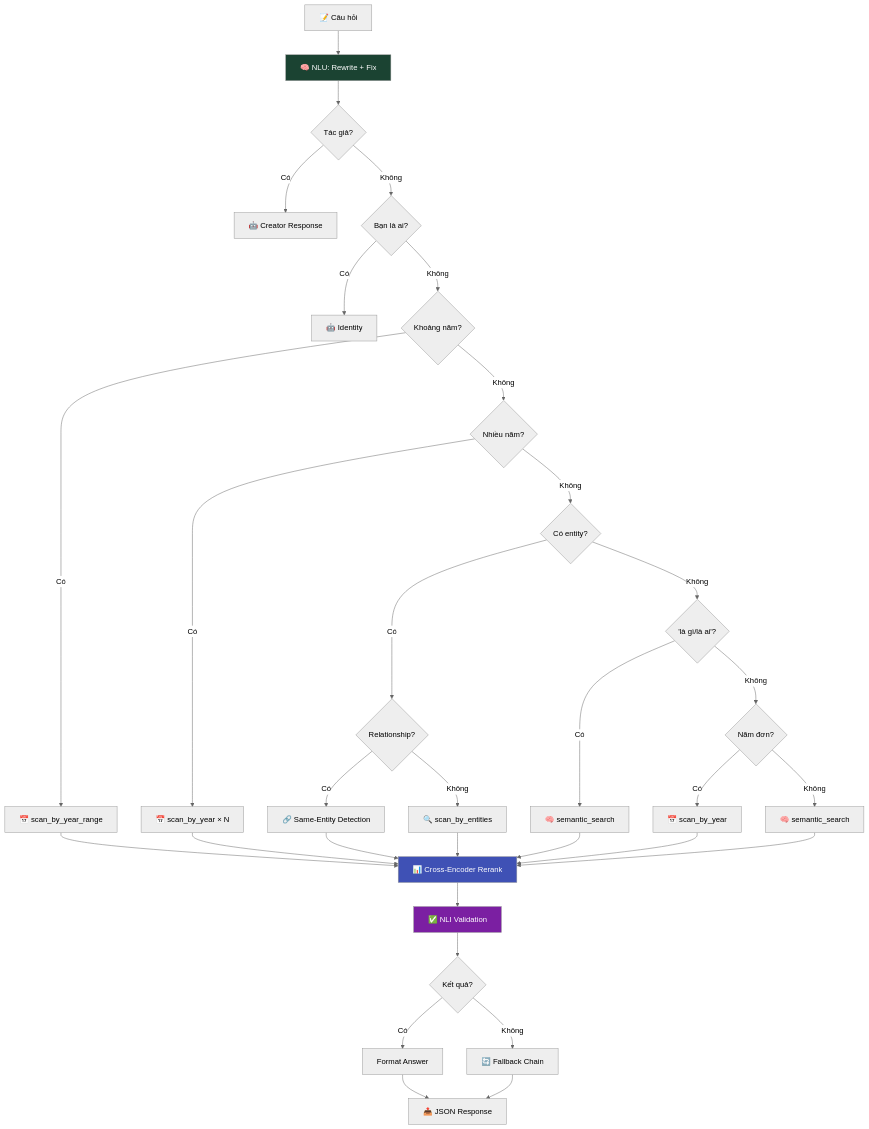
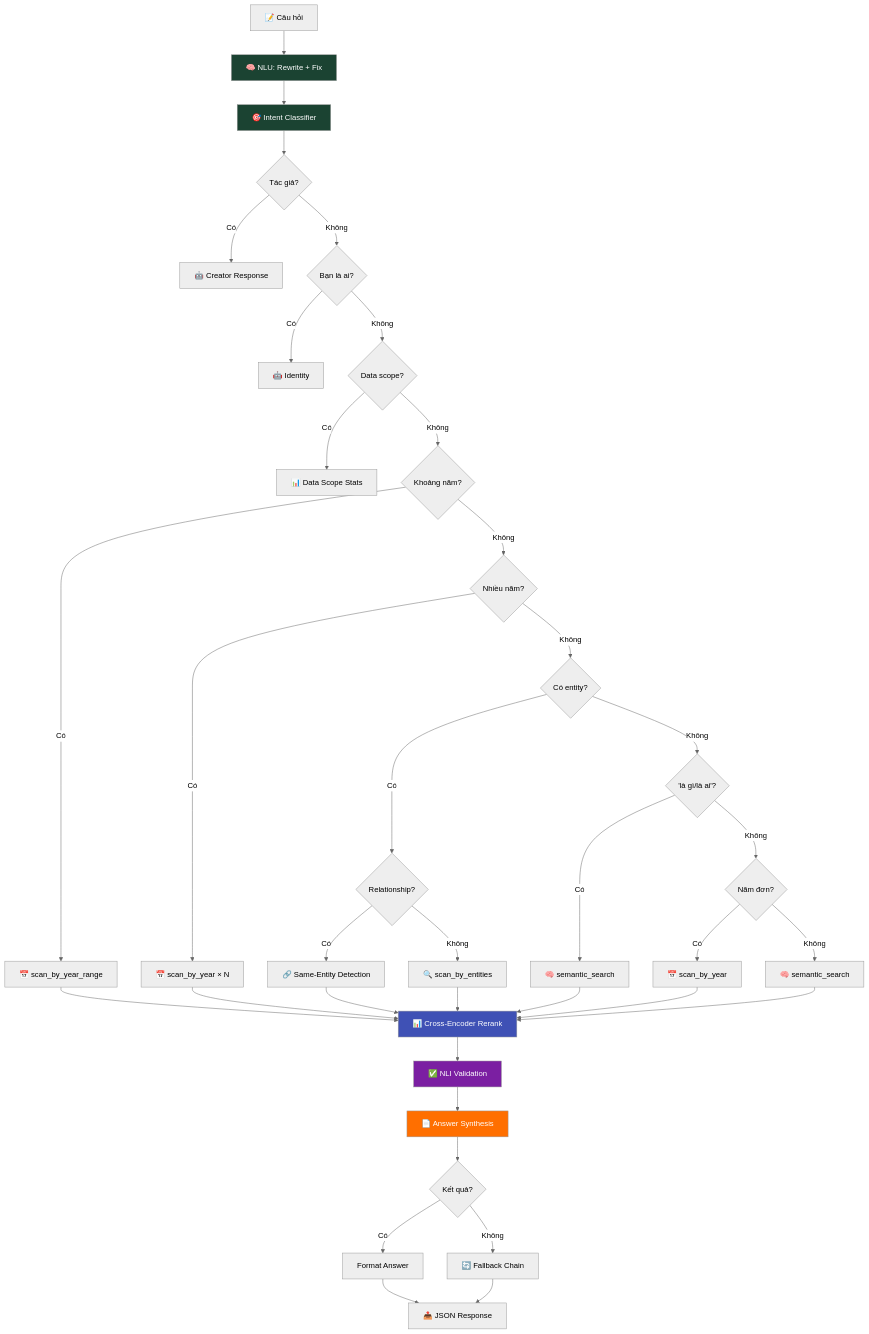
The third of 3 diagrams in README.md (HistoryMindAI/vietnam_history_dataset), drawn with Mermaid (neutral theme) before and after one commit. The commit also changed other lines of this file and 7 other files, not shown here.

````diff
--- a/README.md
+++ b/README.md
@@ -150,33 +183,39 @@
 ```mermaid
 flowchart TD
     INPUT["📝 Câu hỏi"] --> NLU["🧠 NLU: Rewrite + Fix"]
-    NLU --> CREATOR{"Tác giả?"}
+    NLU --> INTENT["🎯 Intent Classifier"]
+    INTENT --> CREATOR{"Tác giả?"}
     CREATOR -- Có --> CR["🤖 Creator Response"]
     CREATOR -- Không --> IDENTITY{"Bạn là ai?"}
     IDENTITY -- Có --> ID["🤖 Identity"]
-    IDENTITY -- Không --> YEAR_RANGE{"Khoảng năm?"}
+    IDENTITY -- Không --> SCOPE{"Data scope?"}
+    SCOPE -- Có --> DS["📊 Data Scope Stats"]
+    SCOPE -- Không --> YEAR_RANGE{"Khoảng năm?"}
     YEAR_RANGE -- Có --> YR["📅 scan_by_year_range"]
     YEAR_RANGE -- Không --> MULTI_YEAR{"Nhiều năm?"}
     MULTI_YEAR -- Có --> MY["📅 scan_by_year × N"]
     MULTI_YEAR -- Không --> ENTITY{"Có entity?"}
     ENTITY -- Có --> SAME_CHECK{"Relationship?"}
     SAME_CHECK -- Có --> SAME["🔗 Same-Entity Detection"]
     SAME_CHECK -- Không --> ME["🔍 scan_by_entities"]
     ENTITY -- Không --> DEF{"'là gì/là ai'?"}
     DEF -- Có --> SEM1["🧠 semantic_search"]
     DEF -- Không --> SINGLE{"Năm đơn?"}
     SINGLE -- Có --> SY["📅 scan_by_year"]
     SINGLE -- Không --> SEM2["🧠 semantic_search"]
 
     SAME & ME & YR & MY & SEM1 & SY & SEM2 --> RERANK["📊 Cross-Encoder Rerank"]
     RERANK --> NLICHECK["✅ NLI Validation"]
-    NLICHECK --> RESULT{"Kết quả?"}
+    NLICHECK --> SYNTH["📄 Answer Synthesis"]
+    SYNTH --> RESULT{"Kết quả?"}
     RESULT -- Có --> FORMAT["Format Answer"]
     RESULT -- Không --> FALLBACK["🔄 Fallback Chain"]
     FORMAT --> OUTPUT["📤 JSON Response"]
     FALLBACK --> OUTPUT
 
     style NLU fill:#1b4332,color:#fff
+    style INTENT fill:#1b4332,color:#fff
     style RERANK fill:#3F51B5,color:#fff
     style NLICHECK fill:#7B1FA2,color:#fff
+    style SYNTH fill:#FF6F00,color:#fff
 ```
````
